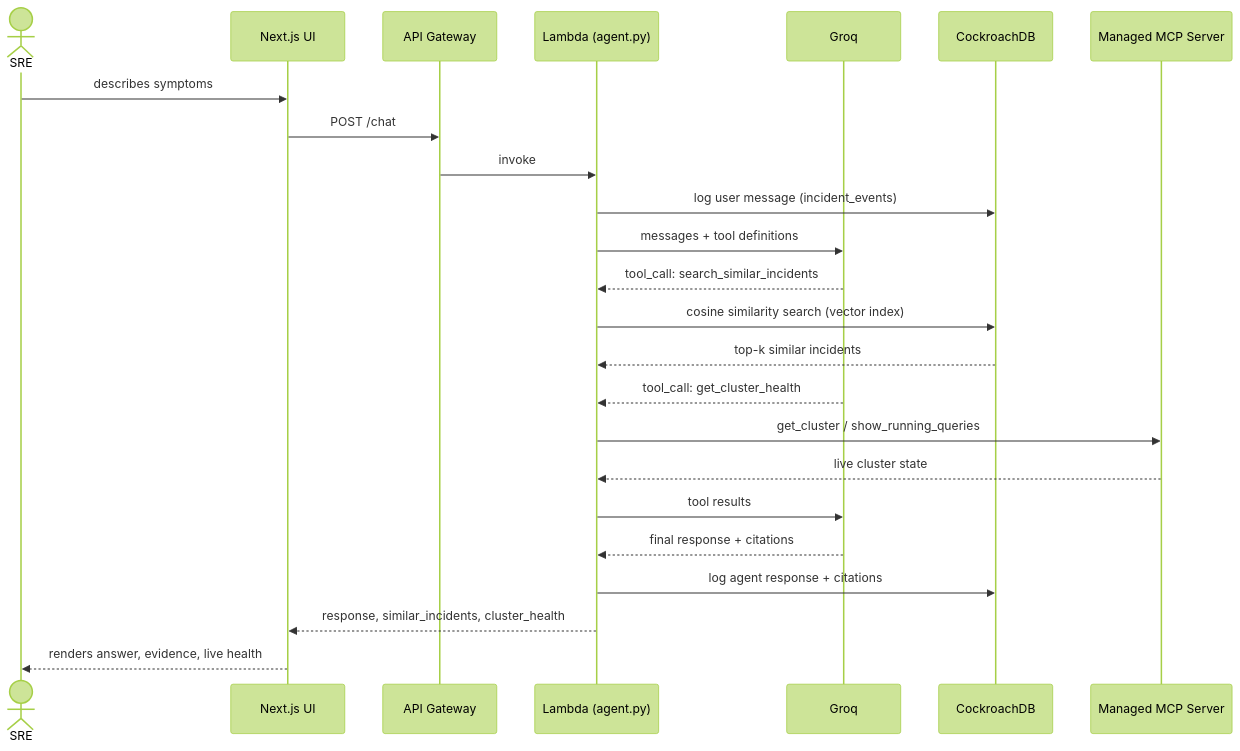
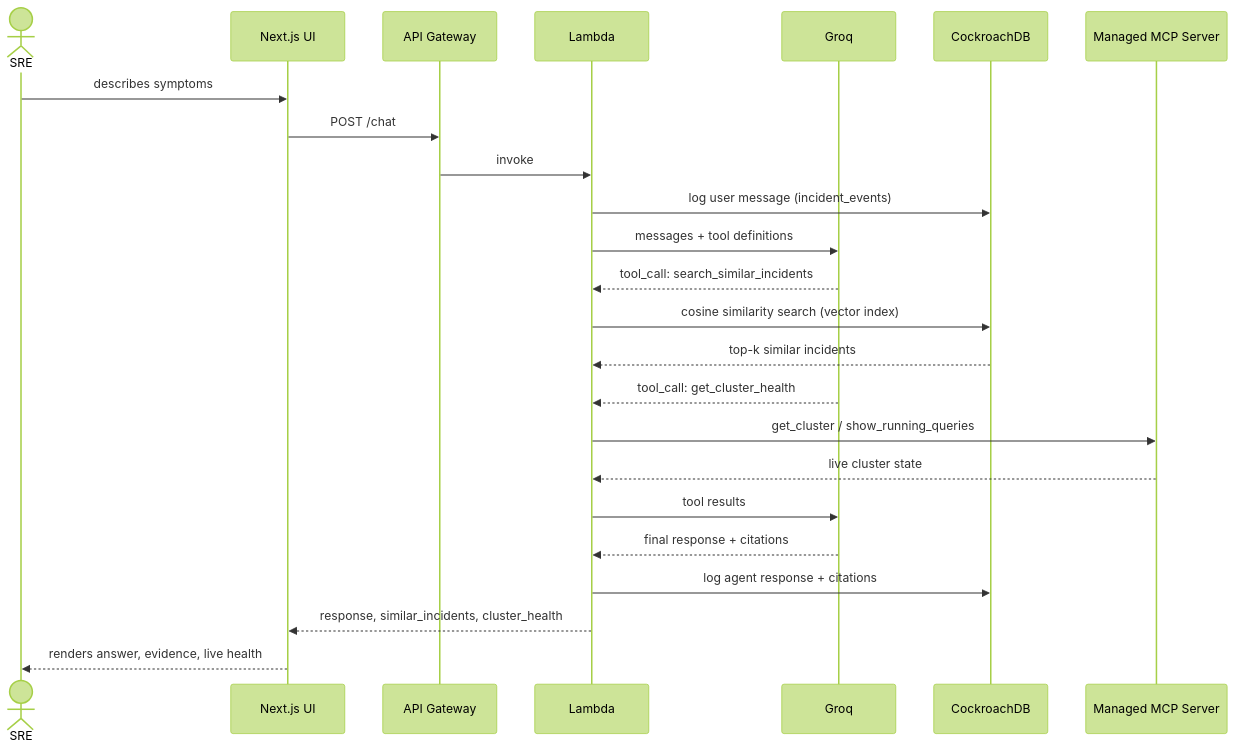
The second of 3 diagrams in README.md (Mussliadii/Continuum-), drawn with Mermaid (forest theme) before and after one commit.

Commit message:
Fix Mermaid sequence diagram syntax that likely broke rendering
"participant Agent as Lambda (agent.py)" has unquoted parentheses in
the alias, which Mermaid's sequenceDiagram parser doesn't handle.
Verified the fix (and the other two diagrams) by rendering all three
locally with @mermaid-js/mermaid-cli — same engine GitHub uses — and
visually confirming correct output before pushing.

````diff
--- a/README.md
+++ b/README.md
@@ -102,27 +102,27 @@
 ```mermaid
 sequenceDiagram
     actor SRE
     participant UI as Next.js UI
     participant API as API Gateway
-    participant Agent as Lambda (agent.py)
+    participant Agent as Lambda
     participant Groq
     participant CRDB as CockroachDB
     participant MCP as Managed MCP Server
 
     SRE->>UI: describes symptoms
     UI->>API: POST /chat
     API->>Agent: invoke
     Agent->>CRDB: log user message (incident_events)
     Agent->>Groq: messages + tool definitions
     Groq-->>Agent: tool_call: search_similar_incidents
     Agent->>CRDB: cosine similarity search (vector index)
     CRDB-->>Agent: top-k similar incidents
     Groq-->>Agent: tool_call: get_cluster_health
     Agent->>MCP: get_cluster / show_running_queries
     MCP-->>Agent: live cluster state
     Agent->>Groq: tool results
     Groq-->>Agent: final response + citations
     Agent->>CRDB: log agent response + citations
     Agent-->>UI: response, similar_incidents, cluster_health
     UI-->>SRE: renders answer, evidence, live health
 ```
````
